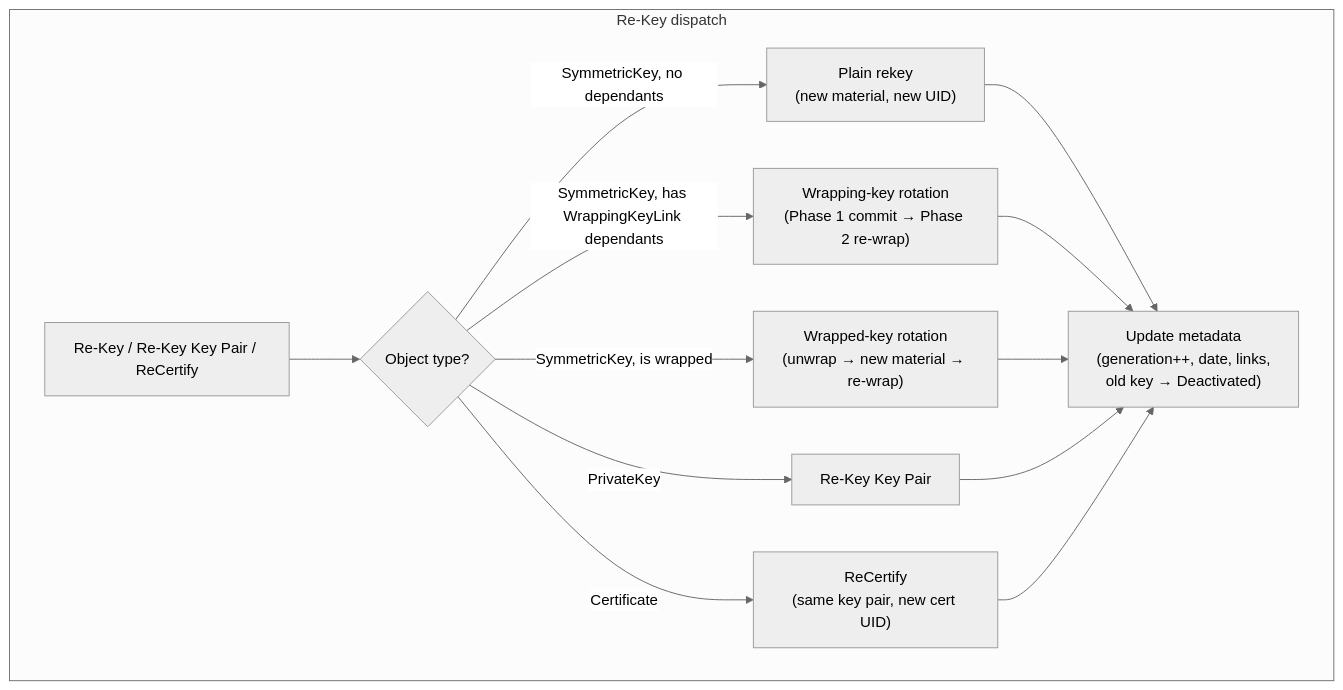
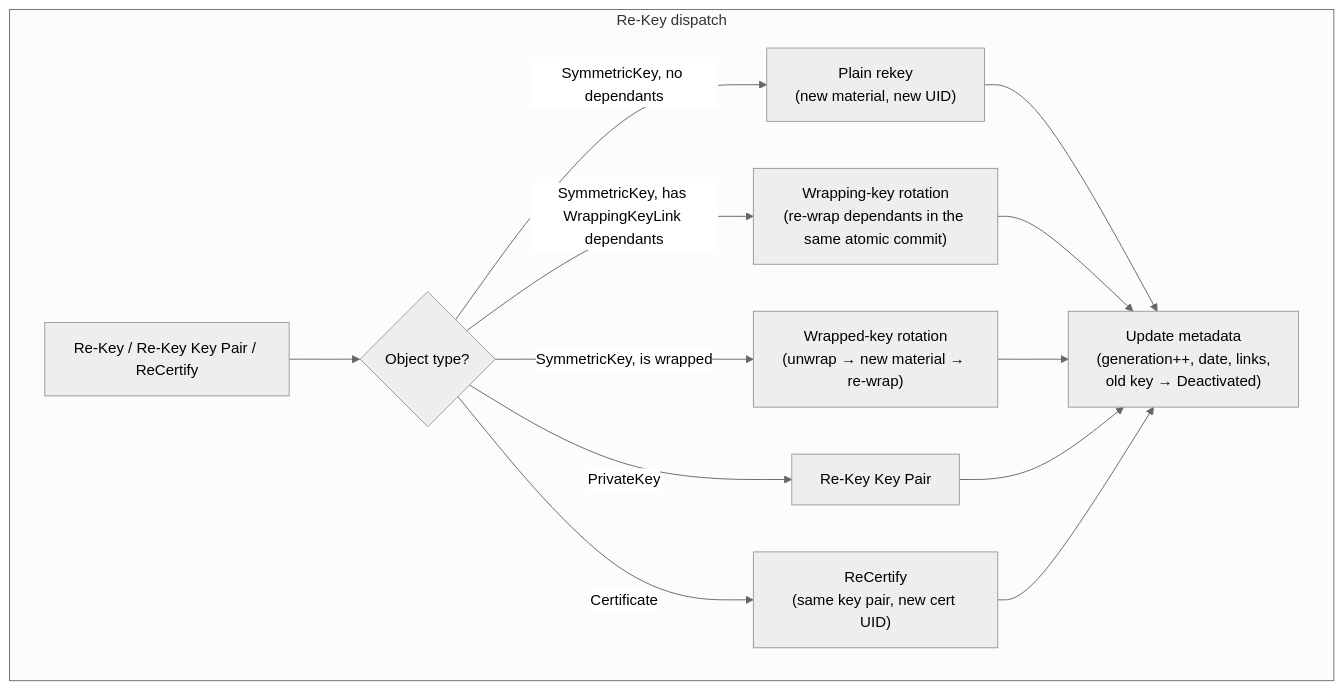
The sixth of 6 diagrams in documentation/docs/kmip_support/key_rotation/index.md (Cosmian/kms), drawn with Mermaid (neutral theme) before and after one commit. The commit also changed other lines of this file and 3 other files, not shown here.

Commit message:
docs(rekey): describe the single atomic rotation commit

````diff
--- a/documentation/docs/kmip_support/key_rotation/index.md
+++ b/documentation/docs/kmip_support/key_rotation/index.md
@@ -466,12 +467,12 @@
 ```mermaid
 flowchart TD
     subgraph "Re-Key dispatch"
         REQ["Re-Key / Re-Key Key Pair / ReCertify"] --> DISPATCH{"Object type?"}
         DISPATCH -->|SymmetricKey, no dependants| PLAIN["Plain rekey<br/>(new material, new UID)"]
-        DISPATCH -->|SymmetricKey, has WrappingKeyLink dependants| WRAP_K["Wrapping-key rotation<br/>(Phase 1 commit → Phase 2 re-wrap)"]
+        DISPATCH -->|SymmetricKey, has WrappingKeyLink dependants| WRAP_K["Wrapping-key rotation<br/>(re-wrap dependants in the same atomic commit)"]
         DISPATCH -->|SymmetricKey, is wrapped| WRAP_D["Wrapped-key rotation<br/>(unwrap → new material → re-wrap)"]
         DISPATCH -->|PrivateKey| ASYM["Re-Key Key Pair"]
         DISPATCH -->|Certificate| CERT["ReCertify<br/>(same key pair, new cert UID)"]
         PLAIN & WRAP_K & WRAP_D & ASYM & CERT --> META["Update metadata<br/>(generation++, date, links,<br/>old key → Deactivated)"]
     end
 ```
````
